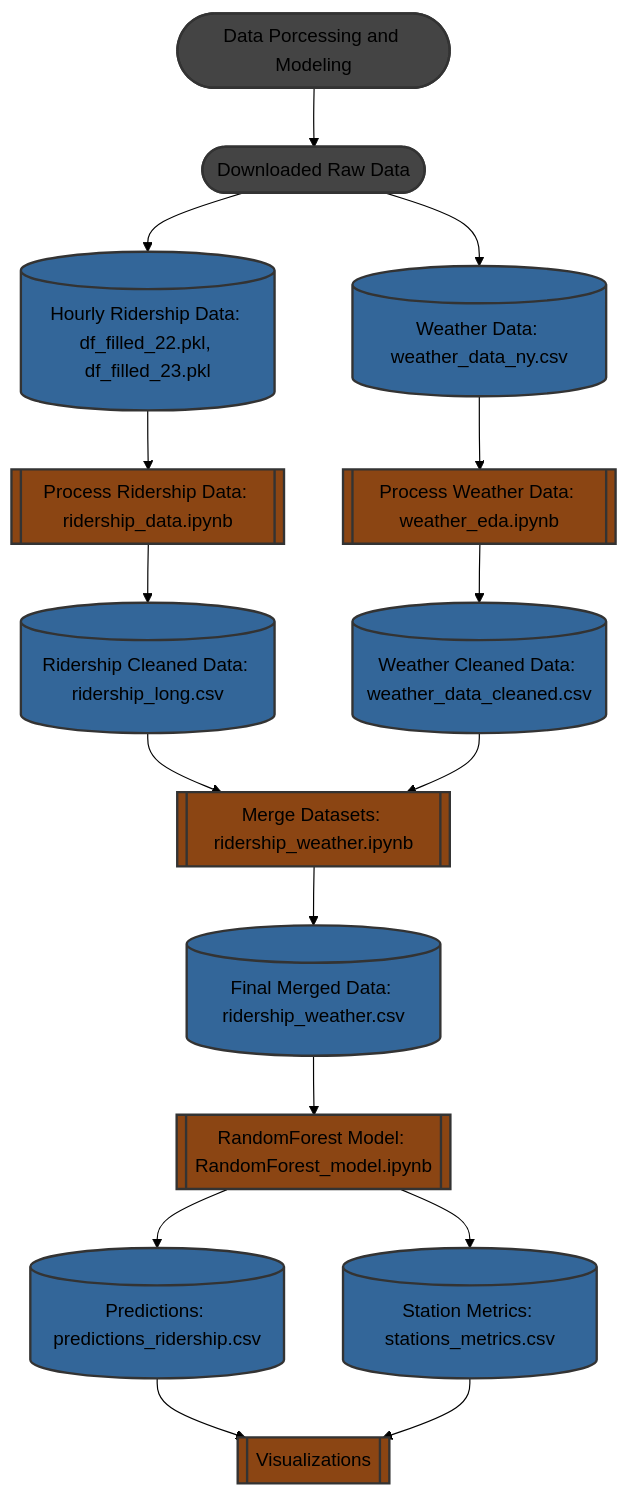
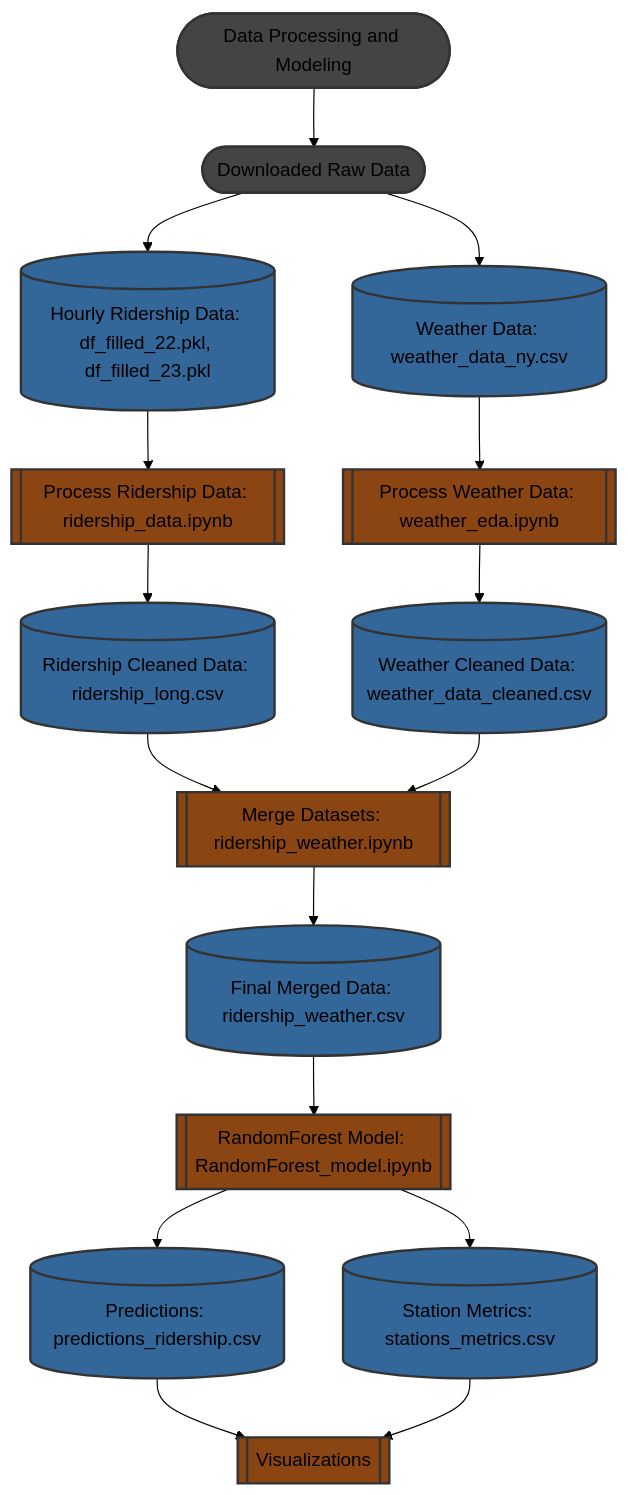
Before and after one commit to and-jacks/mads-capstone: the diagram in README.md, drawn with Mermaid (forest theme). The commit also changed other lines of this file, not shown here.

````diff
--- a/README.md
+++ b/README.md
@@ -26,30 +127,30 @@
 ```mermaid
 graph TB;
-    A([Data Porcessing and Modeling]):::folder
+    A([Data Processing and Modeling]):::folder
     A --> B([Downloaded Raw Data]):::folder
     
     B --> B1[(Hourly Ridership Data: df_filled_22.pkl, df_filled_23.pkl)]:::file
     B --> B2[(Weather Data: weather_data_ny.csv)]:::file
     
     B1 --> C1[[Process Ridership Data: ridership_data.ipynb]]:::notebook
     C1 --> D1[(Ridership Cleaned Data: ridership_long.csv)]:::file
     
     B2 --> C2[[Process Weather Data: weather_eda.ipynb]]:::notebook
     C2 --> D2[(Weather Cleaned Data: weather_data_cleaned.csv)]:::file
     
     D1 --> E[[Merge Datasets: ridership_weather.ipynb]]:::notebook
     D2 --> E
     
     E --> F[(Final Merged Data: ridership_weather.csv)]:::file
 
     F --> G[[RandomForest Model: RandomForest_model.ipynb]]:::notebook
     G --> H1[(Predictions: predictions_ridership.csv)]:::file
     G --> H2[(Station Metrics: stations_metrics.csv)]:::file
 
       H1 --> J[[Visualizations]]:::notebook
     H2 --> J
 
     classDef folder fill:#444444,stroke:#333,stroke-width:2px;
     classDef file fill:#336699,stroke:#333,stroke-width:2px;
     classDef notebook fill:#8b4513,stroke:#333,stroke-width:2px;
 ```
````
